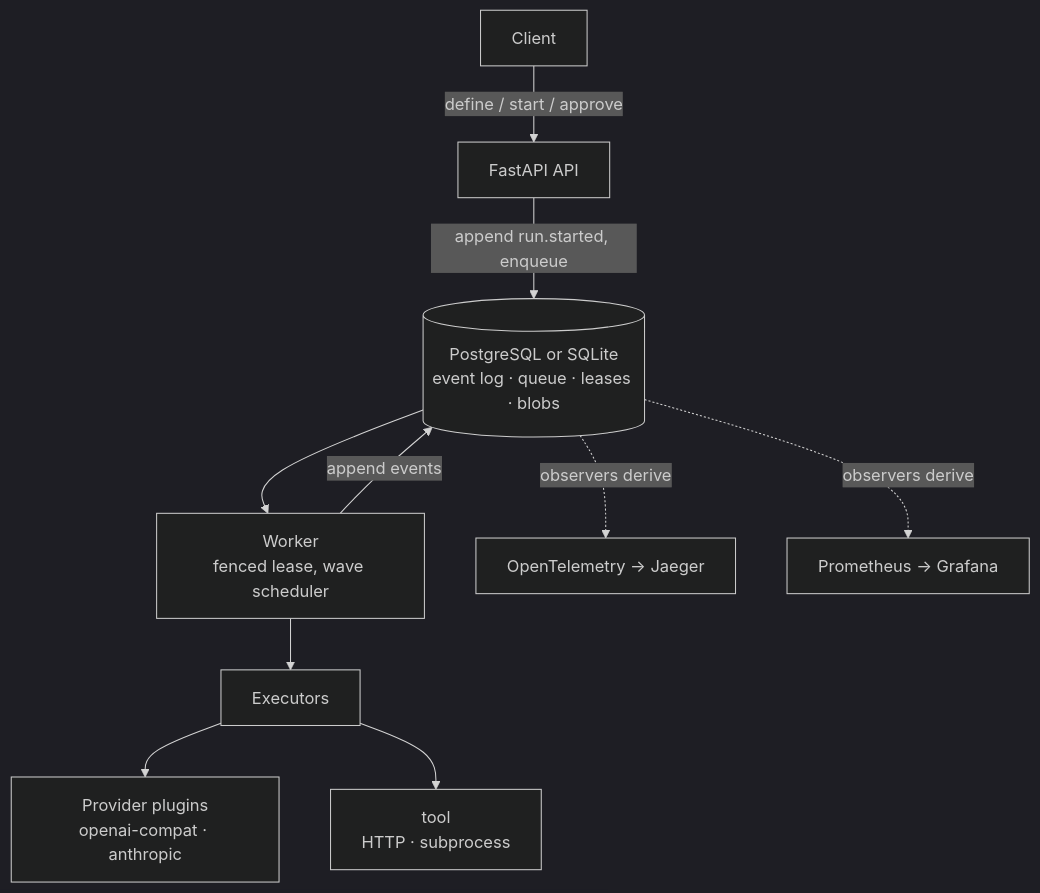
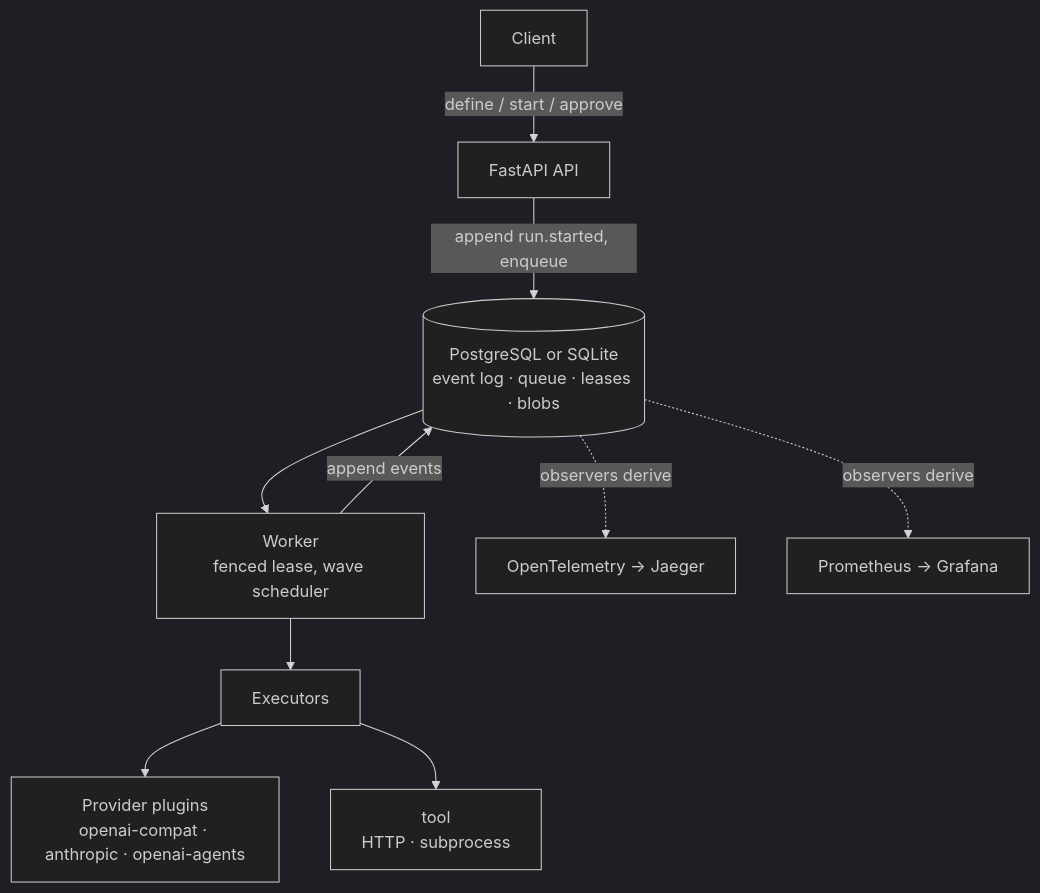
The diagram in README.md (AmitSinghOM/AgentOS), drawn with Mermaid (dark theme) before and after one commit. The commit also changed 13 other files, not shown here.

````diff
--- a/README.md
+++ b/README.md
@@ -41,12 +41,12 @@
 ```mermaid
 flowchart TD
     C[Client] -->|define / start / approve| API[FastAPI API]
     API -->|append run.started, enqueue| PG[(PostgreSQL or SQLite<br/>event log · queue · leases · blobs)]
     PG --> W[Worker<br/>fenced lease, wave scheduler]
     W --> EXEC[Executors]
-    EXEC --> PROV[Provider plugins<br/>openai-compat · anthropic]
+    EXEC --> PROV[Provider plugins<br/>openai-compat · anthropic · openai-agents]
     EXEC --> TOOL[tool<br/>HTTP · subprocess]
     W -->|append events| PG
     PG -.observers derive.-> OTEL[OpenTelemetry → Jaeger]
     PG -.observers derive.-> PROM[Prometheus → Grafana]
 ```
````
